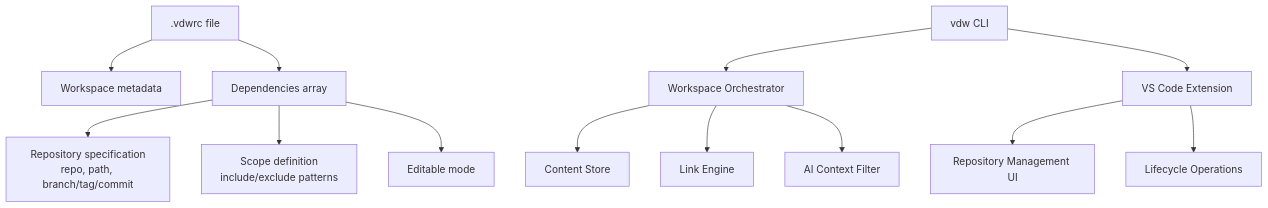
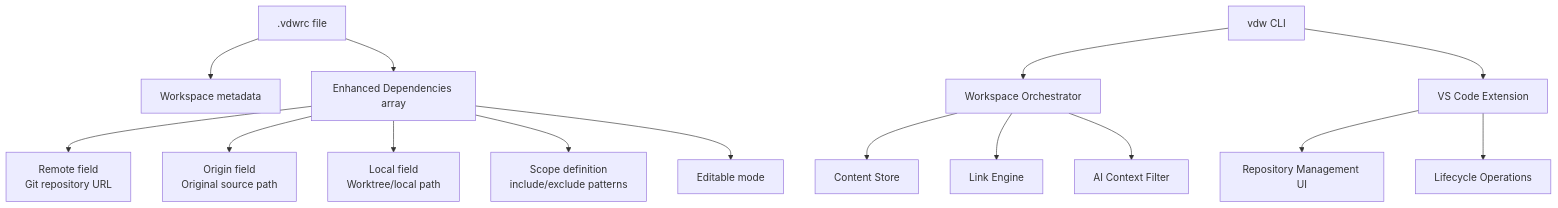
One commit to HWH-2019/vdw changed the first of 4 diagrams in .qoder/repowiki/en/content/Core Features Documentation/Workspace Configuration Management (.vdwrc).md. Above: the diagram before and after it, drawn with Mermaid. The commit also changed other lines of this file and 12 other files, not shown here.

````diff
--- a/.qoder/repowiki/en/content/Core Features Documentation/Workspace Configuration Management (.vdwrc).md
+++ b/.qoder/repowiki/en/content/Core Features Documentation/Workspace Configuration Management (.vdwrc).md
@@ -60,15 +62,17 @@
 ```mermaid
 graph TB
 A[".vdwrc file"] --> B["Workspace metadata"]
-A --> C["Dependencies array"]
-C --> D["Repository specification<br/>repo, path, branch/tag/commit"]
-C --> E["Scope definition<br/>include/exclude patterns"]
-C --> F["Editable mode"]
-G["vdw CLI"] --> H["Workspace Orchestrator"]
-G --> I["VS Code Extension"]
-H --> J["Content Store"]
-H --> K["Link Engine"]
-H --> L["AI Context Filter"]
-I --> M["Repository Management UI"]
-I --> N["Lifecycle Operations"]
+A --> C["Enhanced Dependencies array"]
+C --> D["Remote field<br/>Git repository URL"]
+C --> E["Origin field<br/>Original source path"]
+C --> F["Local field<br/>Worktree/local path"]
+C --> G["Scope definition<br/>include/exclude patterns"]
+C --> H["Editable mode"]
+I["vdw CLI"] --> J["Workspace Orchestrator"]
+I --> K["VS Code Extension"]
+J --> L["Content Store"]
+J --> M["Link Engine"]
+J --> N["AI Context Filter"]
+K --> O["Repository Management UI"]
+K --> P["Lifecycle Operations"]
 ```
````
